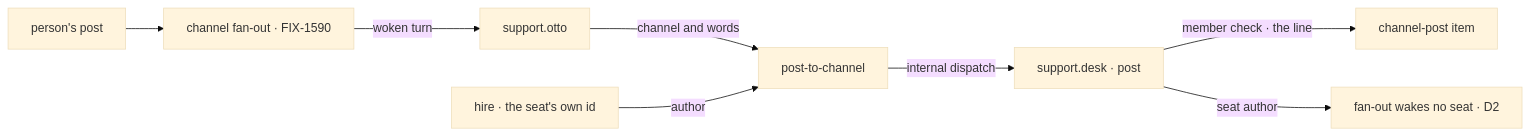
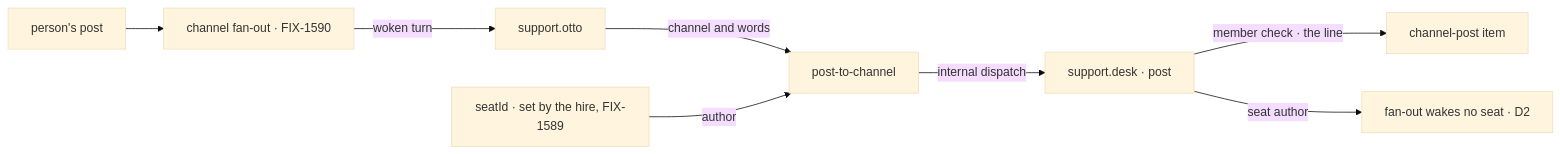
One commit to fixpoint-labs/flow-state-dev changed the second of 2 diagrams in specs/issues/FIX-1594/SPEC.md. Above: the diagram before and after it, drawn with Mermaid (base theme). The commit also changed other lines of this file and 7 other files, not shown here.

````diff
--- a/specs/issues/FIX-1594/SPEC.md
+++ b/specs/issues/FIX-1594/SPEC.md
@@ -82,10 +83,10 @@
 ```mermaid
 flowchart LR
   P["person's post"] --> F["channel fan-out · FIX-1590"]
   F -->|"woken turn"| O["support.otto"]
   O -->|"channel and words"| T["post-to-channel"]
-  H["hire · the seat's own id"] -->|"author"| T
+  H["seatId · set by the hire, FIX-1589"] -->|"author"| T
   T -->|"internal dispatch"| C["support.desk · post"]
   C -->|"member check · the line"| L["channel-post item"]
   C -->|"seat author"| X["fan-out wakes no seat · D2"]
 ```
````
